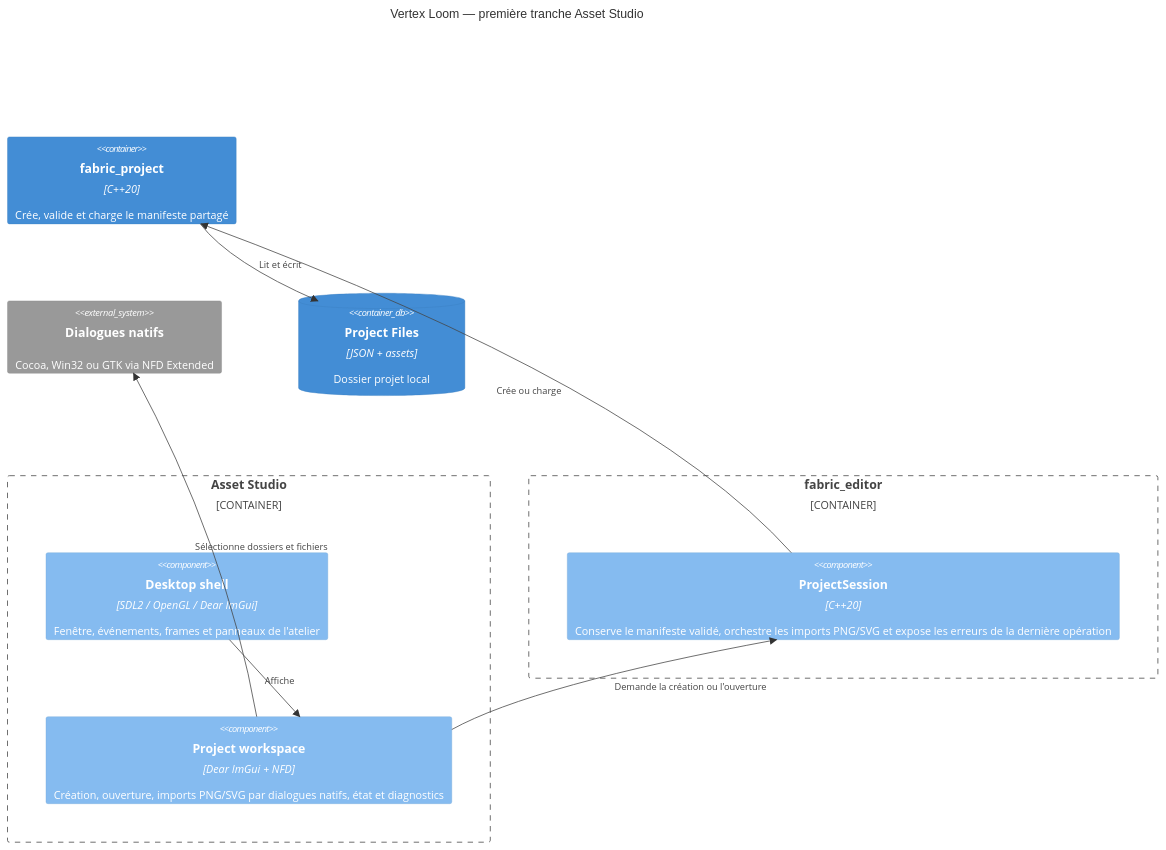
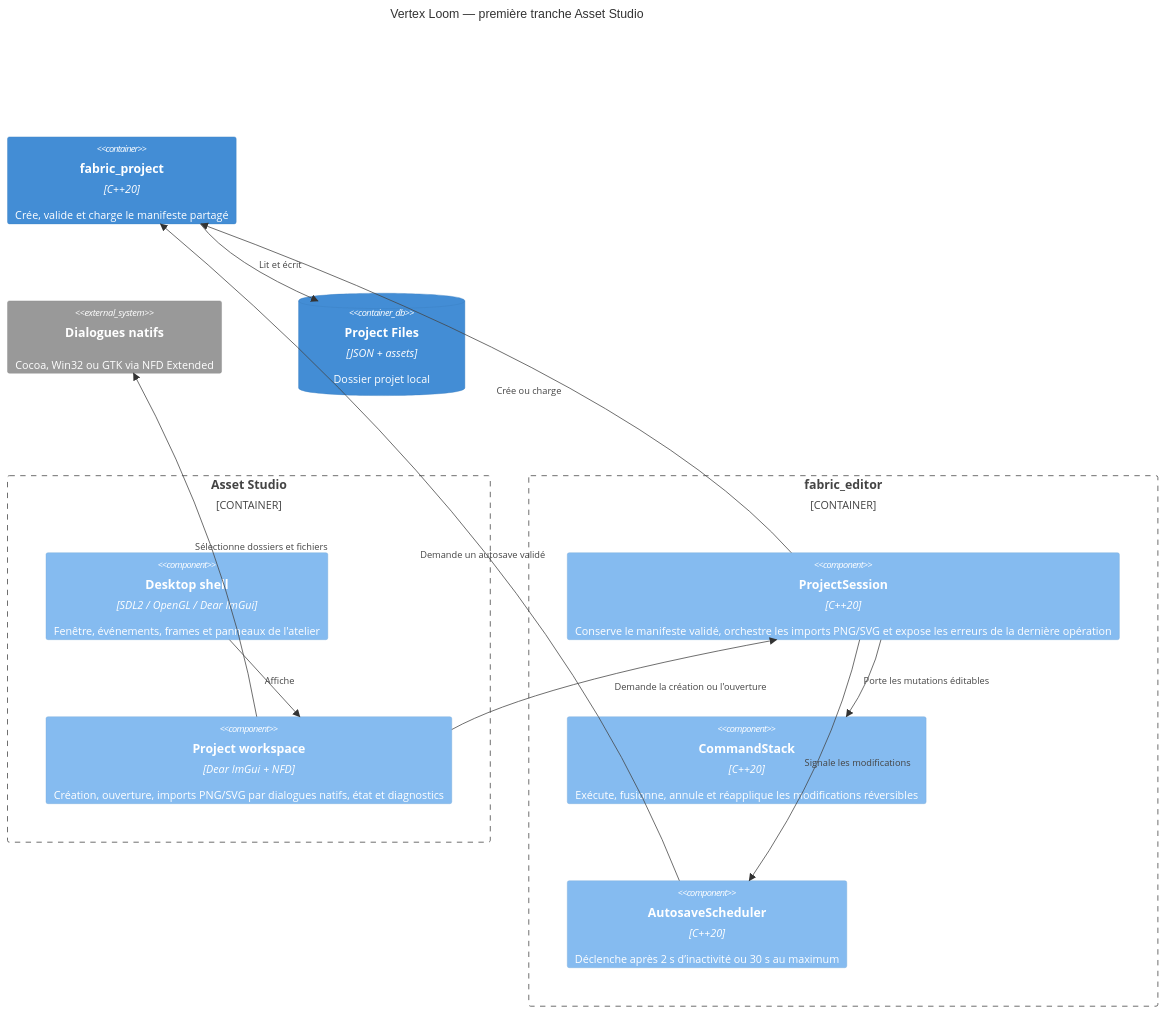
Before and after one commit to tristan-monticelli/vertex-loom: the diagram in docs/architecture/components/editor-shell.md, drawn with Mermaid. The commit also changed other lines of this file and 8 other files, not shown here.

Commit message:
docs(architecture): define editor recovery flow

````diff
--- a/docs/architecture/components/editor-shell.md
+++ b/docs/architecture/components/editor-shell.md
@@ -3,19 +3,24 @@
 ```mermaid
 C4Component
     title Vertex Loom — première tranche Asset Studio
     Container_Boundary(asset, "Asset Studio") {
         Component(shell, "Desktop shell", "SDL2 / OpenGL / Dear ImGui", "Fenêtre, événements, frames et panneaux de l'atelier")
         Component(project_ui, "Project workspace", "Dear ImGui + NFD", "Création, ouverture, imports PNG/SVG par dialogues natifs, état et diagnostics")
     }
     Container_Boundary(editor, "fabric_editor") {
         Component(session, "ProjectSession", "C++20", "Conserve le manifeste validé, orchestre les imports PNG/SVG et expose les erreurs de la dernière opération")
+        Component(history, "CommandStack", "C++20", "Exécute, fusionne, annule et réapplique les modifications réversibles")
+        Component(scheduler, "AutosaveScheduler", "C++20", "Déclenche après 2 s d’inactivité ou 30 s au maximum")
     }
     Container(project, "fabric_project", "C++20", "Crée, valide et charge le manifeste partagé")
     System_Ext(dialogs, "Dialogues natifs", "Cocoa, Win32 ou GTK via NFD Extended")
     ContainerDb(files, "Project Files", "JSON + assets", "Dossier projet local")
     Rel(shell, project_ui, "Affiche")
     Rel(project_ui, session, "Demande la création ou l'ouverture")
     Rel(project_ui, dialogs, "Sélectionne dossiers et fichiers")
     Rel(session, project, "Crée ou charge")
+    Rel(session, history, "Porte les mutations éditables")
+    Rel(session, scheduler, "Signale les modifications")
+    Rel(scheduler, project, "Demande un autosave validé")
     Rel(project, files, "Lit et écrit")
 ```
````
